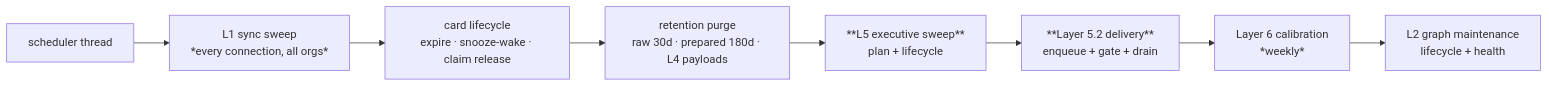
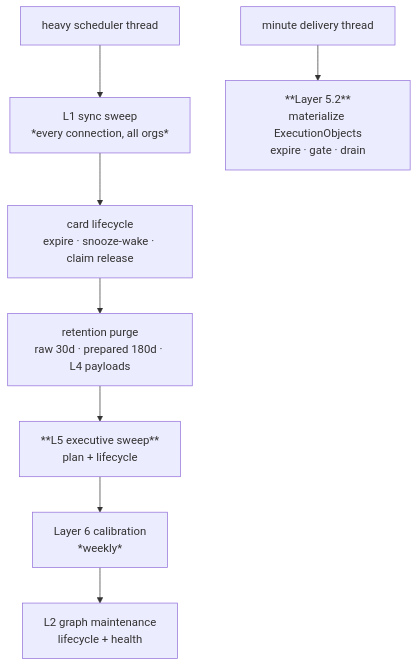
One commit to themoronss/genios-brain changed the diagram in System Design/Cross-Cutting-Contracts-Platform-API/03-API-and-The-Heartbeat.md. Above: the diagram before and after it, drawn with Mermaid. The commit also changed other lines of this file and 2057 other files, not shown here.

````diff
--- a/System Design/Cross-Cutting-Contracts-Platform-API/03-API-and-The-Heartbeat.md
+++ b/System Design/Cross-Cutting-Contracts-Platform-API/03-API-and-The-Heartbeat.md
@@ -30,10 +30,10 @@
 ```mermaid
-flowchart LR
-    H["scheduler thread"] --> S1["L1 sync sweep<br/>*every connection, all orgs*"]
+flowchart TB
+    H1["heavy scheduler thread"] --> S1["L1 sync sweep<br/>*every connection, all orgs*"]
     S1 --> S2["card lifecycle<br/>expire · snooze-wake · claim release"]
     S2 --> S3["retention purge<br/>raw 30d · prepared 180d · L4 payloads"]
     S3 --> S4["**L5 executive sweep**<br/>plan + lifecycle"]
-    S4 --> S5["**Layer 5.2 delivery**<br/>enqueue + gate + drain"]
-    S5 --> S6["Layer 6 calibration<br/>*weekly*"]
+    S4 --> S6["Layer 6 calibration<br/>*weekly*"]
     S6 --> S7["L2 graph maintenance<br/>lifecycle + health"]
+    H2["minute delivery thread"] --> D1["**Layer 5.2**<br/>materialize ExecutionObjects<br/>expire · gate · drain"]
 ```
````
